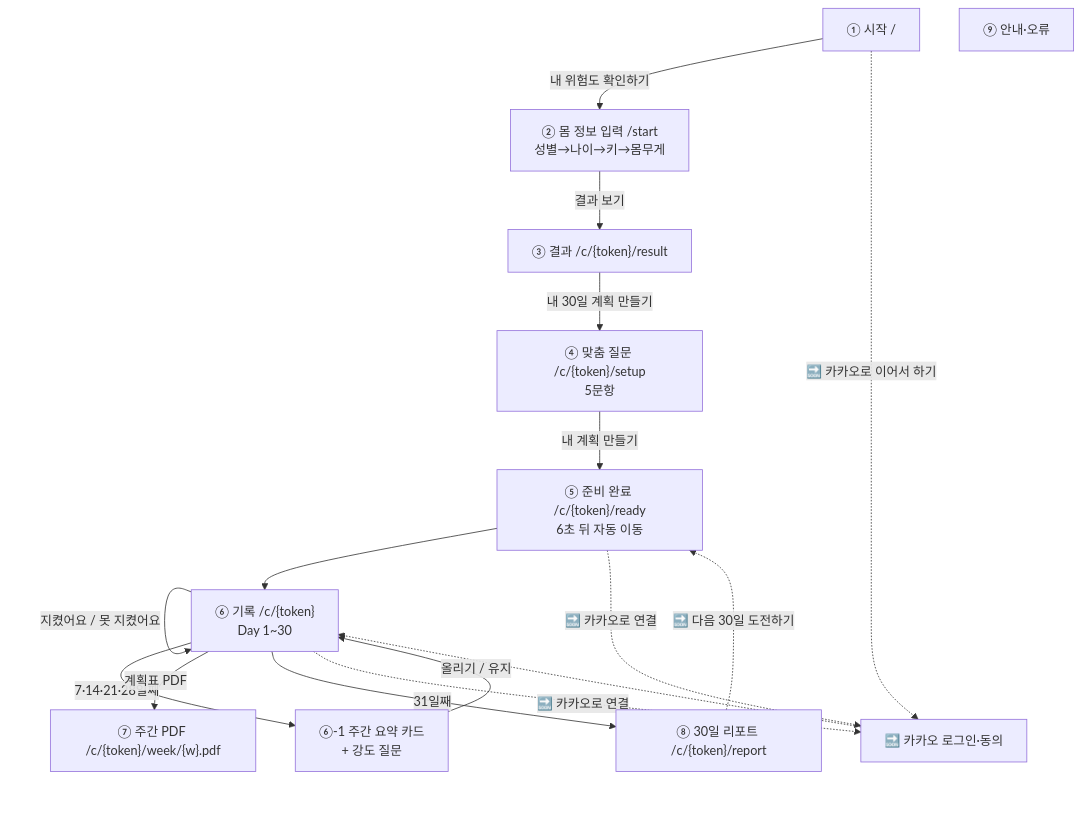
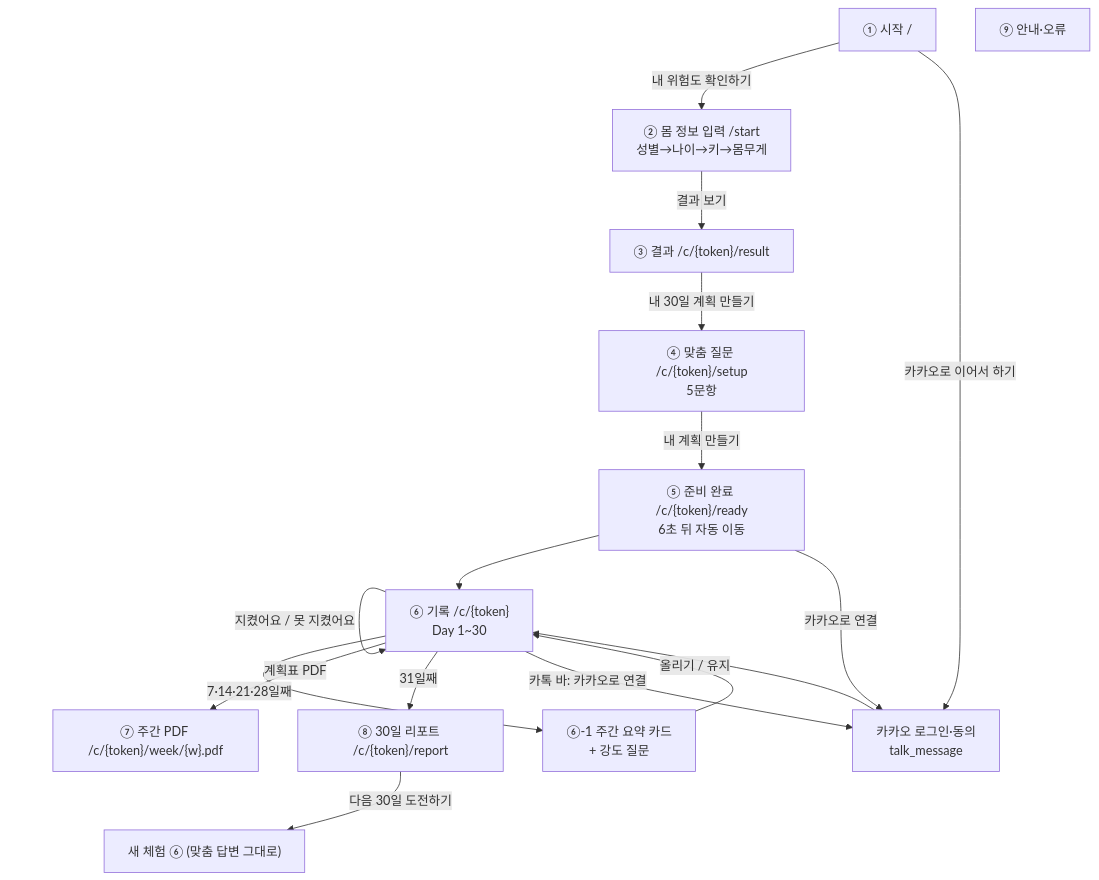
One commit to AI-HealthCare-07/watchme changed the diagram in docs/deliverables/wireframes.md. Above: the diagram before and after it, drawn with Mermaid. The commit also changed other lines of this file and 8 other files, not shown here.

````diff
--- a/docs/deliverables/wireframes.md
+++ b/docs/deliverables/wireframes.md
@@ -9,19 +9,19 @@
 ```mermaid
 flowchart TD
     L["① 시작 /"] -->|내 위험도 확인하기| S["② 몸 정보 입력 /start<br>성별→나이→키→몸무게"]
     S -->|결과 보기| R["③ 결과 /c/{token}/result"]
     R -->|내 30일 계획 만들기| Q["④ 맞춤 질문 /c/{token}/setup<br>5문항"]
     Q -->|내 계획 만들기| Y["⑤ 준비 완료 /c/{token}/ready<br>6초 뒤 자동 이동"]
     Y --> C["⑥ 기록 /c/{token}<br>Day 1~30"]
     C -->|지켰어요 / 못 지켰어요| C
     C -->|7·14·21·28일째| W["⑥-1 주간 요약 카드<br>+ 강도 질문"]
     W -->|올리기 / 유지| C
     C -->|계획표 PDF| P["⑦ 주간 PDF /c/{token}/week/{w}.pdf"]
     C -->|31일째| RP["⑧ 30일 리포트 /c/{token}/report"]
-    RP -.->|🔜 다음 30일 도전하기| Y
-    Y -.->|🔜 카카오로 연결| K["🔜 카카오 로그인·동의"]
-    C -.->|🔜 카카오로 연결| K
-    L -.->|🔜 카카오로 이어서 하기| K
-    K -.-> C
+    RP -->|다음 30일 도전하기| C2["새 체험 ⑥ (맞춤 답변 그대로)"]
+    Y -->|카카오로 연결| K["카카오 로그인·동의<br>talk_message"]
+    C -->|카톡 바: 카카오로 연결| K
+    L -->|카카오로 이어서 하기| K
+    K --> C
     E["⑨ 안내·오류"]
 ```
````
